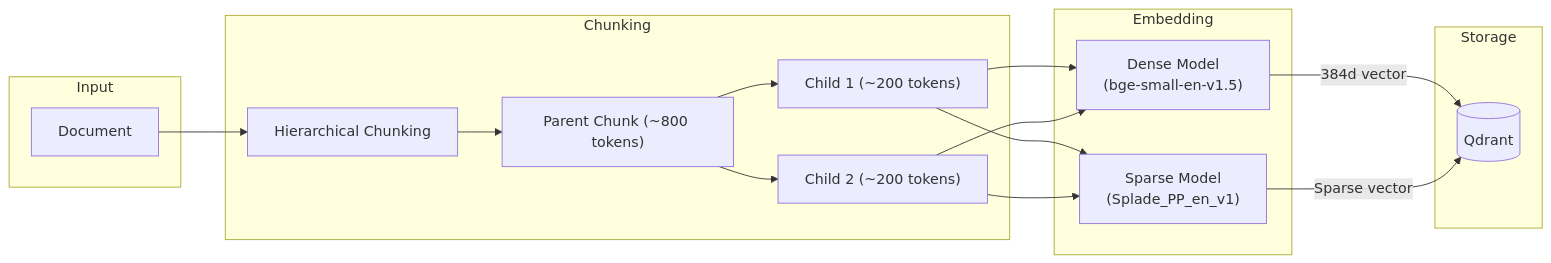
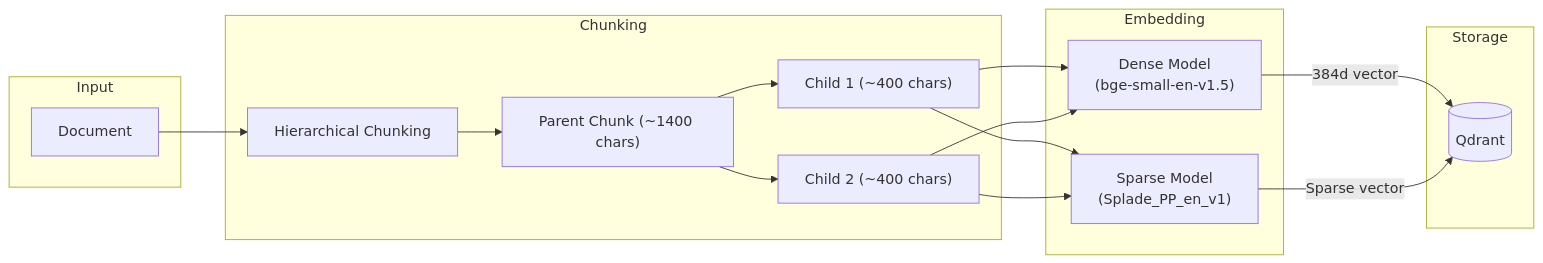
The third of 5 diagrams in docs/SYSTEM_DOCUMENTATION.md (reuben809/enterprise_confluence_ai), drawn with Mermaid before and after one commit. The commit also changed other lines of this file and 1 other file, not shown here.

````diff
--- a/docs/SYSTEM_DOCUMENTATION.md
+++ b/docs/SYSTEM_DOCUMENTATION.md
@@ -168,29 +171,29 @@
 ```mermaid
 flowchart LR
     subgraph Input
         DOC[Document]
     end
 
     subgraph Chunking
         HC[Hierarchical Chunking]
-        P["Parent Chunk (~800 tokens)"]
-        C1["Child 1 (~200 tokens)"]
-        C2["Child 2 (~200 tokens)"]
+        P["Parent Chunk (~1400 chars)"]
+        C1["Child 1 (~400 chars)"]
+        C2["Child 2 (~400 chars)"]
     end
 
     subgraph Embedding
         DE["Dense Model\n(bge-small-en-v1.5)"]
         SE["Sparse Model\n(Splade_PP_en_v1)"]
     end
 
     subgraph Storage
         QD[("Qdrant")]
     end
 
     DOC --> HC
     HC --> P
     P --> C1 & C2
     C1 & C2 --> DE & SE
     DE -->|384d vector| QD
     SE -->|Sparse vector| QD
 ```
````
